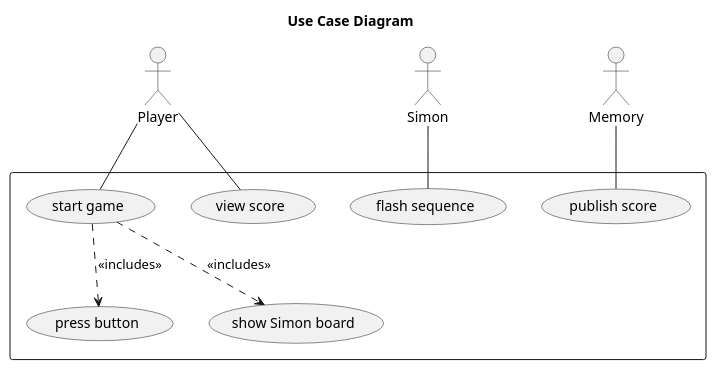
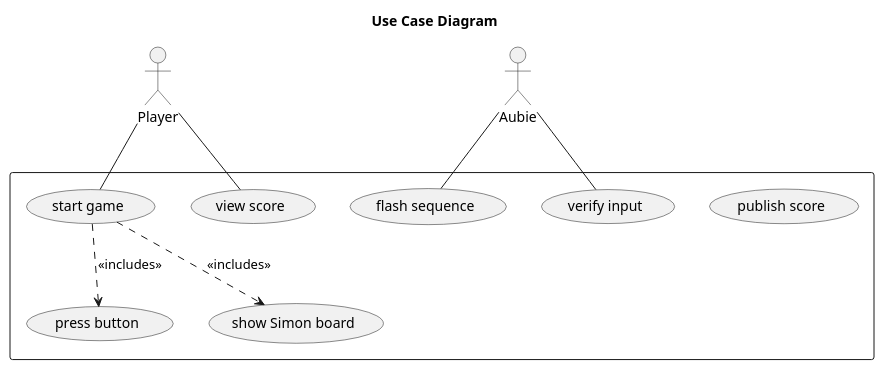
Before and after one commit to zedtran/AubieMemoryGame: the diagram in app/UML/UC.puml, drawn with PlantUML. The commit also changed 5 other files, not shown here.

Commit message:
Edited UML diagrams as per Josh's comments

```diff
--- a/app/UML/UC.puml
+++ b/app/UML/UC.puml
@@ -1,22 +1,25 @@
 @startuml
 title Use Case Diagram
 
 actor Player
-actor Simon
-actor Memory
+actor Aubie
+'should aubie be an actor? and if not isnt it him verifying the input sequence?
+
 
 rectangle  {
 usecase "publish score" as UC3
 usecase "start game" as UC2
 usecase "view score" as UC1
 usecase "flash sequence" as UC4
+usecase "verify input" as UC5
 Player -- UC2
 Player -- UC1
-Simon -- UC4
+Aubie -- UC4
+Aubie -- UC5
 
 UC2 ..> (press button): <<includes>>
 UC2 ..> (show Simon board): <<includes>>
-Memory -- UC3
+
 
 }
 @enduml
```
